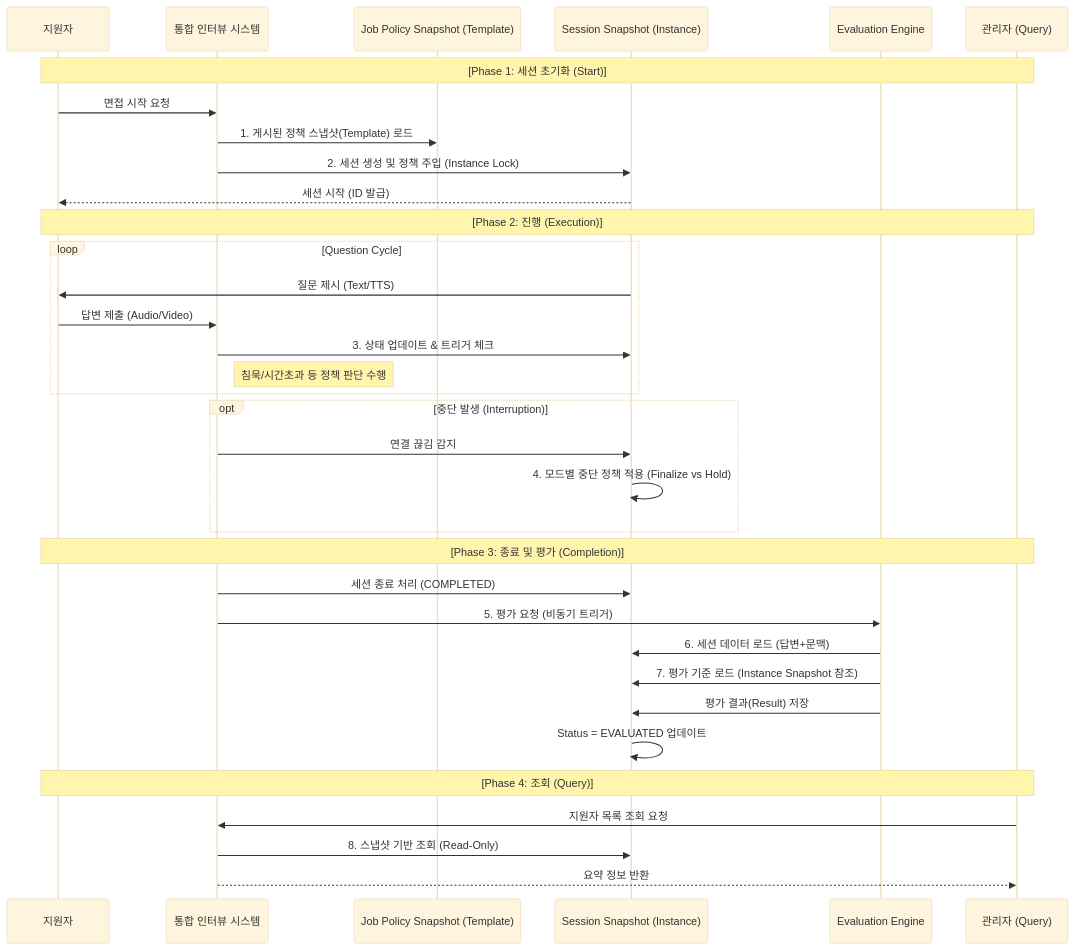
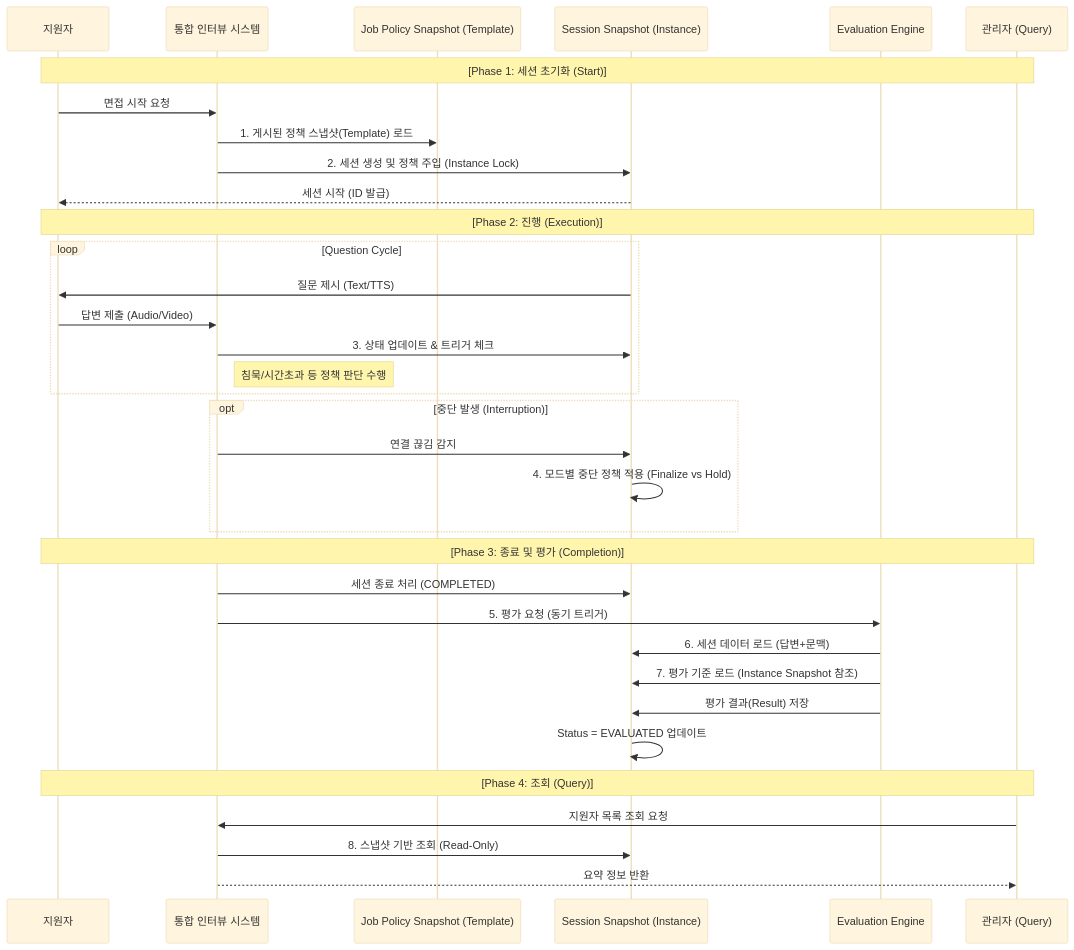
Before and after one commit to TaRang7248/big20_AI_Interview_simulation: the diagram in IMH/IMH_interview/docs/TASK-021_PLAN.md, drawn with Mermaid (base theme). The commit also changed 17 other files, not shown here.

````diff
--- a/IMH/IMH_interview/docs/TASK-021_PLAN.md
+++ b/IMH/IMH_interview/docs/TASK-021_PLAN.md
@@ -49,41 +49,41 @@
 ```mermaid
 sequenceDiagram
     participant User as 지원자
     participant System as 통합 인터뷰 시스템
     participant JobSnapshot as Job Policy Snapshot (Template)
     participant SessionState as Session Snapshot (Instance)
     participant EvalEngine as Evaluation Engine
     participant Admin as 관리자 (Query)
 
     Note over User, Admin: [Phase 1: 세션 초기화 (Start)]
     User->>System: 면접 시작 요청
     System->>JobSnapshot: 1. 게시된 정책 스냅샷(Template) 로드
     System->>SessionState: 2. 세션 생성 및 정책 주입 (Instance Lock)
     SessionState-->>User: 세션 시작 (ID 발급)
 
     Note over User, Admin: [Phase 2: 진행 (Execution)]
     loop Question Cycle
         SessionState->>User: 질문 제시 (Text/TTS)
         User->>System: 답변 제출 (Audio/Video)
         System->>SessionState: 3. 상태 업데이트 & 트리거 체크
         Note right of System: 침묵/시간초과 등 정책 판단 수행
     end
 
     opt 중단 발생 (Interruption)
         System->>SessionState: 연결 끊김 감지
         SessionState->>SessionState: 4. 모드별 중단 정책 적용 (Finalize vs Hold)
     end
 
     Note over User, Admin: [Phase 3: 종료 및 평가 (Completion)]
     System->>SessionState: 세션 종료 처리 (COMPLETED)
-    System->>EvalEngine: 5. 평가 요청 (비동기 트리거)
+    System->>EvalEngine: 5. 평가 요청 (동기 트리거)
     EvalEngine->>SessionState: 6. 세션 데이터 로드 (답변+문맥)
     EvalEngine->>SessionState: 7. 평가 기준 로드 (Instance Snapshot 참조)
     EvalEngine->>SessionState: 평가 결과(Result) 저장
     SessionState->>SessionState: Status = EVALUATED 업데이트
 
     Note over User, Admin: [Phase 4: 조회 (Query)]
     Admin->>System: 지원자 목록 조회 요청
     System->>SessionState: 8. 스냅샷 기반 조회 (Read-Only)
     System-->>Admin: 요약 정보 반환
 ```
````
